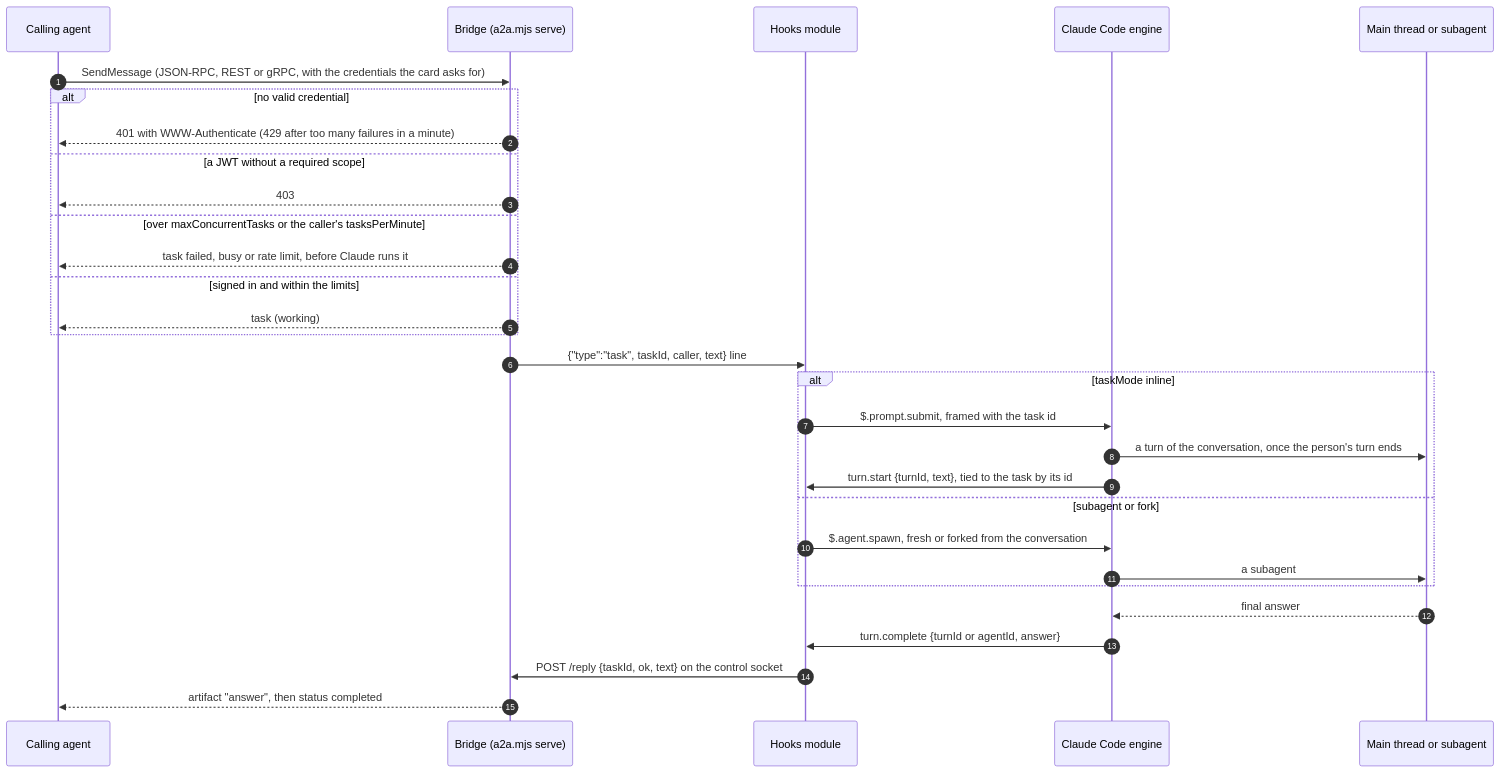
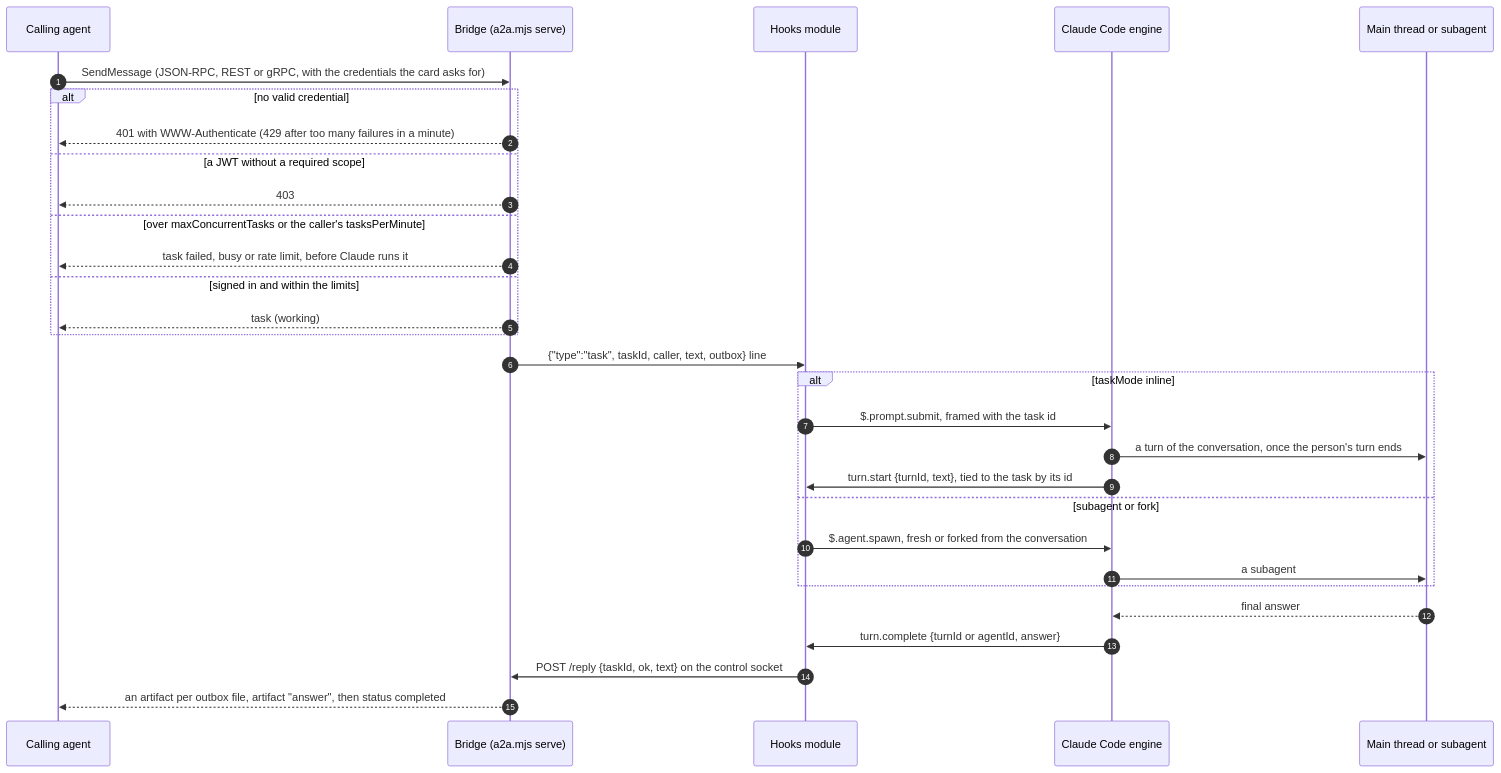
The fifth of 6 diagrams in docs/architecture.md (fulgas/claude-a2a), drawn with Mermaid before and after one commit. The commit also changed other lines of this file and 8 other files, not shown here.

First line of the commit message:
feat(server): answer a task with files, from its outbox

````diff
--- a/docs/architecture.md
+++ b/docs/architecture.md
@@ -189,33 +189,33 @@
 ```mermaid
 sequenceDiagram
   autonumber
   participant C as Calling agent
   participant B as Bridge (a2a.mjs serve)
   participant P as Hooks module
   participant E as Claude Code engine
   participant S as Main thread or subagent
 
   C->>B: SendMessage (JSON-RPC, REST or gRPC, with the credentials the card asks for)
   alt no valid credential
     B-->>C: 401 with WWW-Authenticate (429 after too many failures in a minute)
   else a JWT without a required scope
     B-->>C: 403
   else over maxConcurrentTasks or the caller's tasksPerMinute
     B-->>C: task failed, busy or rate limit, before Claude runs it
   else signed in and within the limits
     B-->>C: task (working)
   end
-  B->>P: {"type":"task", taskId, caller, text} line
+  B->>P: {"type":"task", taskId, caller, text, outbox} line
   alt taskMode inline
     P->>E: $.prompt.submit, framed with the task id
     E->>S: a turn of the conversation, once the person's turn ends
     E->>P: turn.start {turnId, text}, tied to the task by its id
   else subagent or fork
     P->>E: $.agent.spawn, fresh or forked from the conversation
     E->>S: a subagent
   end
   S-->>E: final answer
   E->>P: turn.complete {turnId or agentId, answer}
   P->>B: POST /reply {taskId, ok, text} on the control socket
-  B-->>C: artifact "answer", then status completed
+  B-->>C: an artifact per outbox file, artifact "answer", then status completed
 ```
````
